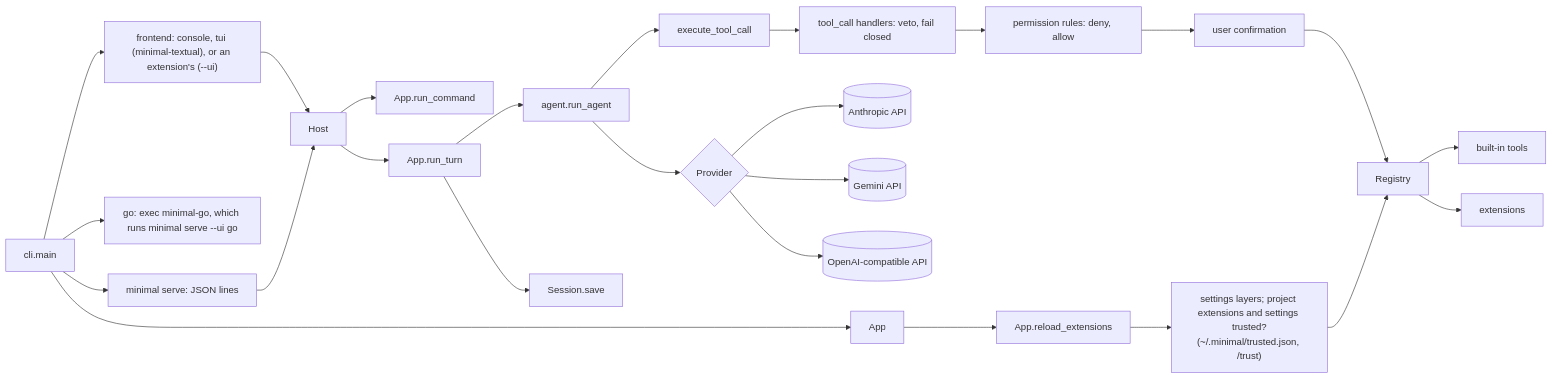
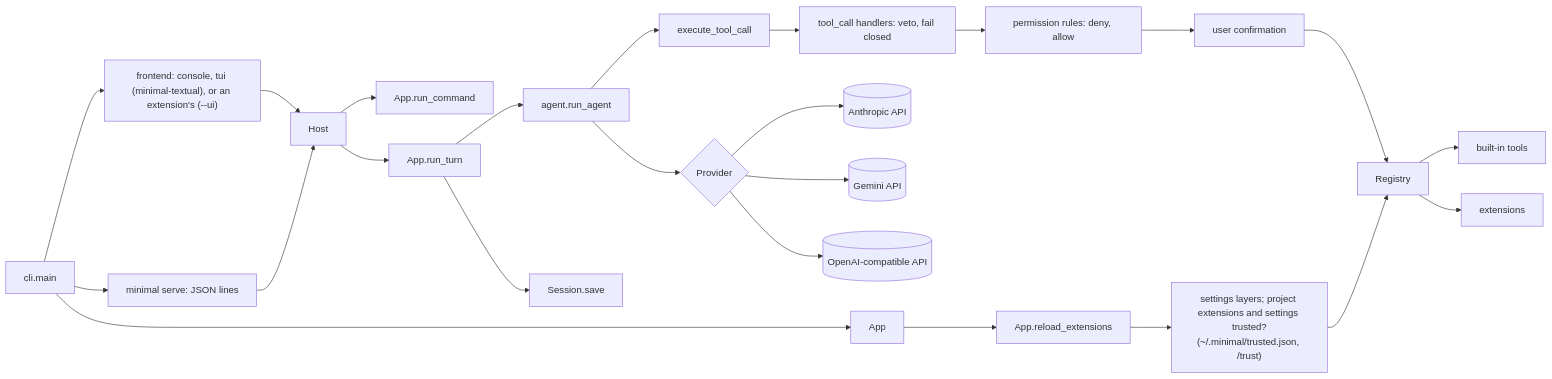
Before and after one commit to RafaSG13/Minimal: the diagram in README.md, drawn with Mermaid. The commit also changed other lines of this file and 19 other files, not shown here.

````diff
--- a/README.md
+++ b/README.md
@@ -282,19 +270,18 @@
 ```mermaid
 flowchart LR
   cli[cli.main] --> app[App]
   cli --> frontend["frontend: console, tui (minimal-textual), or an extension's (--ui)"] --> host[Host]
-  cli --> go["go: exec minimal-go, which runs minimal serve --ui go"]
   cli --> serve["minimal serve: JSON lines"] --> host
   host --> commands[App.run_command]
   host --> turn[App.run_turn]
   turn --> agent[agent.run_agent]
   agent --> provider{Provider}
   provider --> anthropic[(Anthropic API)]
   provider --> gemini[(Gemini API)]
   provider --> openai[(OpenAI-compatible API)]
   agent --> exec[execute_tool_call] --> guard["tool_call handlers: veto, fail closed"] --> perms["permission rules: deny, allow"] --> confirm[user confirmation] --> registry[Registry]
   registry --> tools[built-in tools]
   registry --> ext[extensions]
   app --> reload[App.reload_extensions] --> trust["settings layers; project extensions and settings trusted?<br/>(~/.minimal/trusted.json, /trust)"] --> registry
   turn --> session[Session.save]
 ```
````
